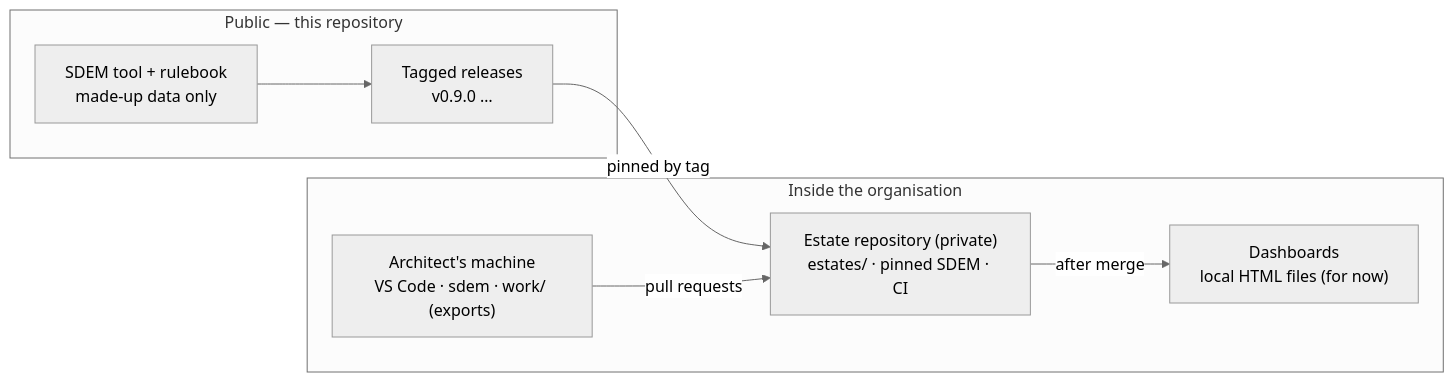
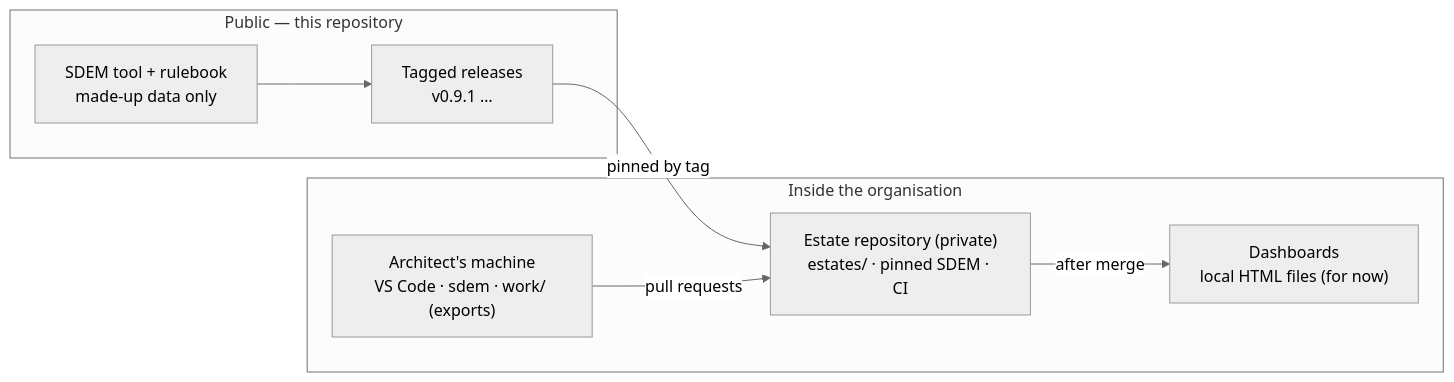
Before and after one commit to taumoeps/bian-sdem-framework: the diagram in docs/sdem-operating-model.md, drawn with Mermaid (neutral theme). The commit also changed 18 other files, not shown here.

Commit message:
Release preparation v0.9.1 — team set-up fixes: version 0.9.1, estate template pinned to v0.9.1, CHANGELOG section with upgrade steps, ROADMAP, status lines

````diff
--- a/docs/sdem-operating-model.md
+++ b/docs/sdem-operating-model.md
@@ -7,14 +7,14 @@
 ```mermaid
 flowchart LR
     subgraph PUB["Public — this repository"]
-      T["SDEM tool + rulebook<br/>made-up data only"] --> REL["Tagged releases<br/>v0.9.0 …"]
+      T["SDEM tool + rulebook<br/>made-up data only"] --> REL["Tagged releases<br/>v0.9.1 …"]
     end
     subgraph ORG["Inside the organisation"]
       ER["Estate repository (private)<br/>estates/ · pinned SDEM · CI"]
       WS["Architect's machine<br/>VS Code · sdem · work/ (exports)"]
       H["Dashboards<br/>local HTML files (for now)"]
     end
     REL -- "pinned by tag" --> ER
     WS -- "pull requests" --> ER
     ER -- "after merge" --> H
 ```
````
